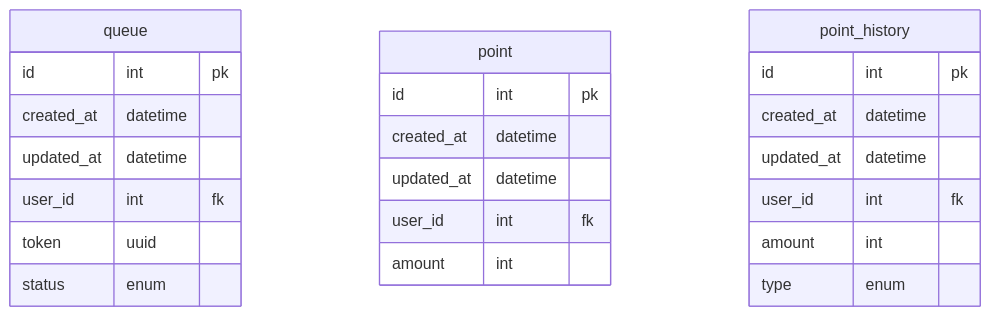
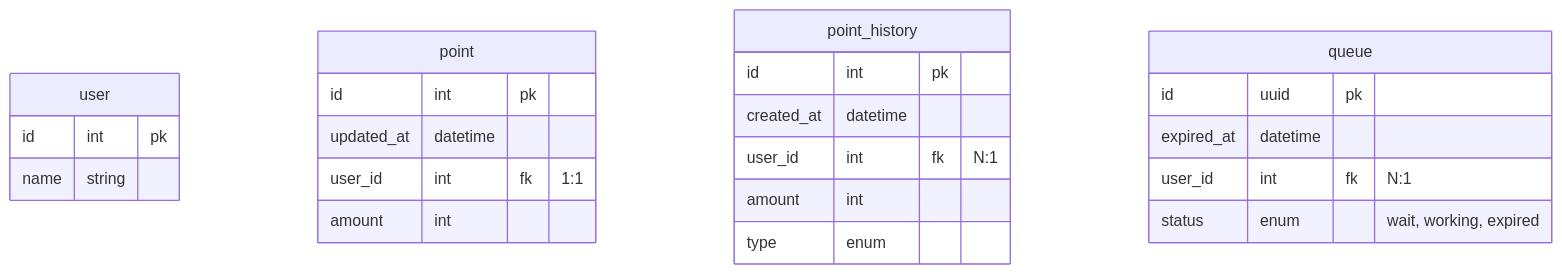
One commit to Ksanbal/Concert-Reservation-API changed diagram 12 of 13 in README.md. Above: the diagram before and after it, drawn with Mermaid. The commit also changed other lines of this file, not shown here.

First line of the commit message:
:books:Docs: 목차 & ERD 업데이트

````diff
--- a/README.md
+++ b/README.md
@@ -265,32 +258,32 @@
 ```mermaid
 erDiagram
 
-queue {
+user {
   id int pk
-  created_at datetime
-  updated_at datetime
-
-  user_id int fk
-  token uuid
-  status enum
+  name string
 }
 
 point {
   id int pk
-  created_at datetime
   updated_at datetime
-
-  user_id int fk
+  user_id int fk "1:1"
   amount int
 }
 
 point_history {
   id int pk
   created_at datetime
-  updated_at datetime
 
-  user_id int fk
+  user_id int fk "N:1"
   amount int
   type enum
 }
+
+queue {
+  id uuid pk
+  expired_at datetime
+
+  user_id int fk "N:1"
+  status enum "wait, working, expired"
+}
 ```
````
